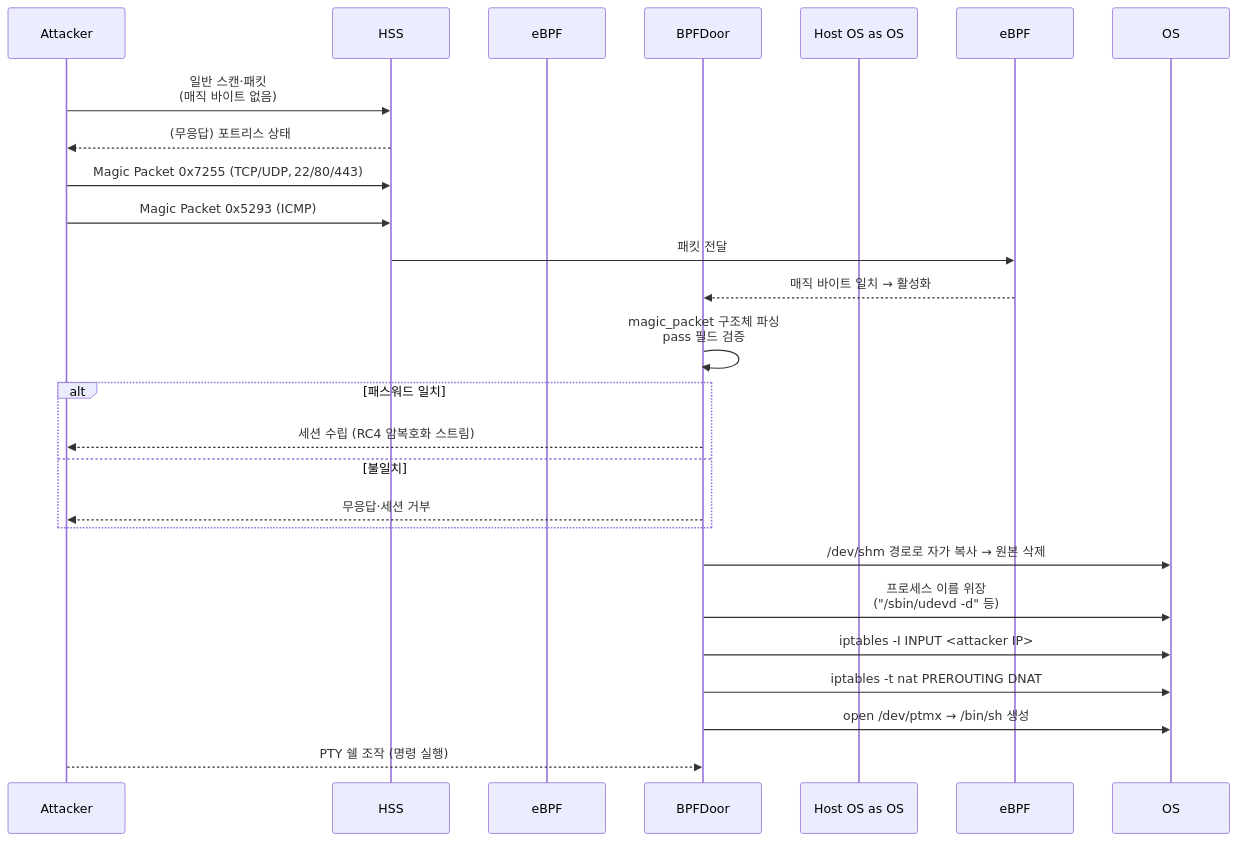
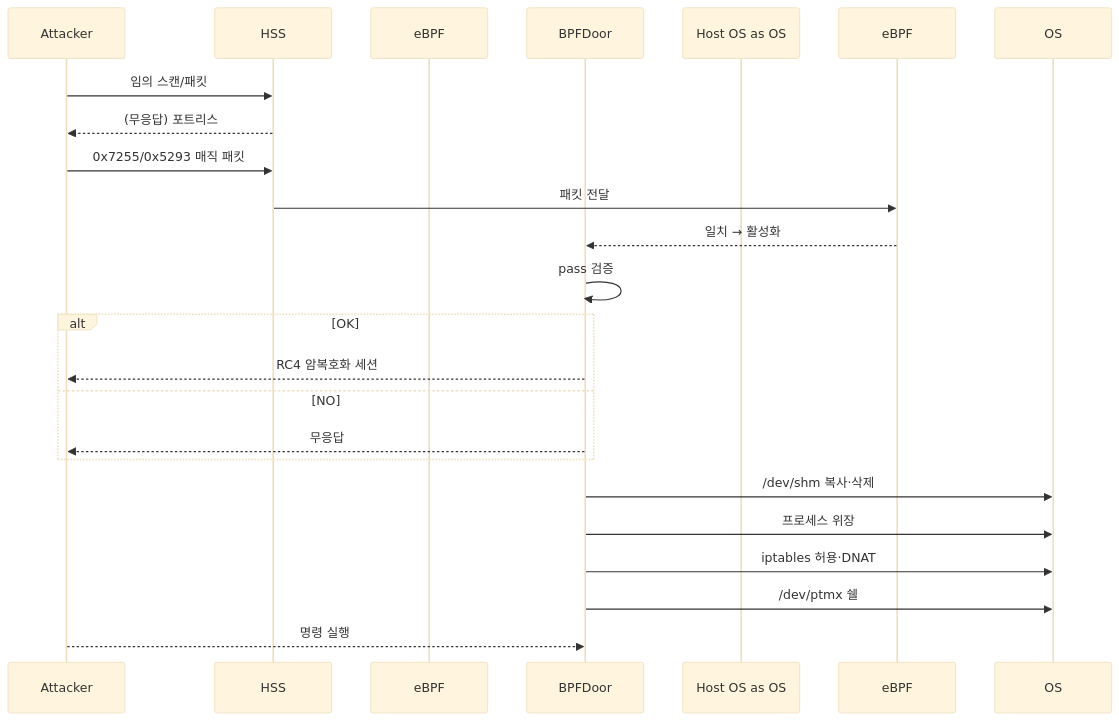
Before and after one commit to qubitsec/blog: the diagram in content/ko/respond/bpfdoor.md, drawn with Mermaid. The commit also changed other lines of this file, not shown here.

````diff
--- a/content/ko/respond/bpfdoor.md
+++ b/content/ko/respond/bpfdoor.md
@@ -65,33 +65,31 @@
 ```mermaid
+%%{ init: { "theme": "base" } }%%
 sequenceDiagram
-    %% Participants
     participant Attacker
     participant HSS
     participant Kernel/eBPF as eBPF
     participant BPFDoor
     participant Host OS as OS
 
-    %% ① 매직 바이트 & 다중 프로토콜
-    Attacker->>HSS: 일반 스캔·패킷<br/>(매직 바이트 없음)
-    HSS-->>Attacker: (무응답) 포트리스 상태
-    Attacker->>HSS: Magic Packet 0x7255 (TCP/UDP, 22/80/443)
-    Attacker->>HSS: Magic Packet 0x5293 (ICMP)
+    %% 1) 매직 바이트
+    Attacker->>HSS: 임의 스캔/패킷
+    HSS-->>Attacker: (무응답) 포트리스
+    Attacker->>HSS: 0x7255/0x5293 매직 패킷
     HSS->>eBPF: 패킷 전달
-    eBPF-->>BPFDoor: 매직 바이트 일치 → 활성화
+    eBPF-->>BPFDoor: 일치 → 활성화
 
-    %% ② RC4 암호화·패스워드 인증
-    BPFDoor->>BPFDoor: magic_packet 구조체 파싱<br/>pass 필드 검증
-    alt 패스워드 일치
-        BPFDoor-->>Attacker: 세션 수립 (RC4 암복호화 스트림)
-    else 불일치
-        BPFDoor-->>Attacker: 무응답·세션 거부
+    %% 2) 패스워드·RC4
+    BPFDoor->>BPFDoor: pass 검증
+    alt OK
+        BPFDoor-->>Attacker: RC4 암복호화 세션
+    else NO
+        BPFDoor-->>Attacker: 무응답
     end
 
-    %% ③ 은폐·지속화 단계
-    BPFDoor->>OS: /dev/shm 경로로 자가 복사 → 원본 삭제
-    BPFDoor->>OS: 프로세스 이름 위장<br/>("/sbin/udevd -d" 등)
-    BPFDoor->>OS: iptables -I INPUT <attacker IP>
-    BPFDoor->>OS: iptables -t nat PREROUTING DNAT
-    BPFDoor->>OS: open /dev/ptmx → /bin/sh 생성
-    Attacker-->>BPFDoor: PTY 쉘 조작 (명령 실행)
+    %% 3) 은폐·지속화
+    BPFDoor->>OS: /dev/shm 복사·삭제
+    BPFDoor->>OS: 프로세스 위장
+    BPFDoor->>OS: iptables 허용·DNAT
+    BPFDoor->>OS: /dev/ptmx 쉘
+    Attacker-->>BPFDoor: 명령 실행
 ```
````
